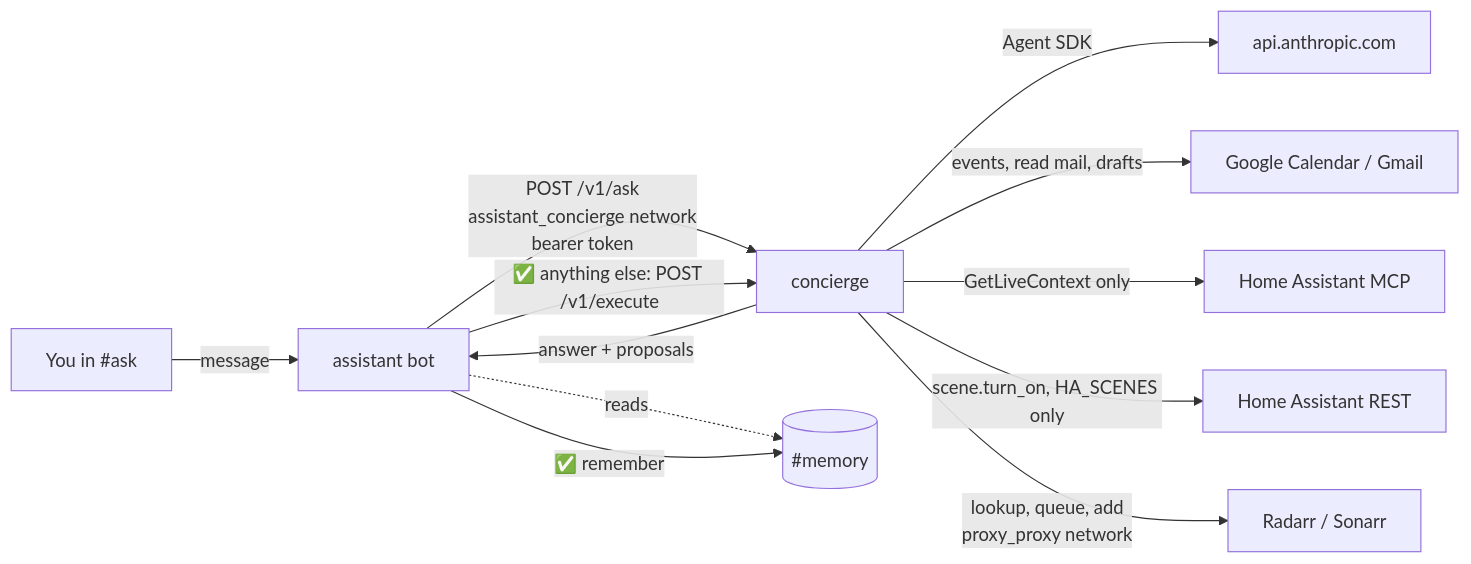
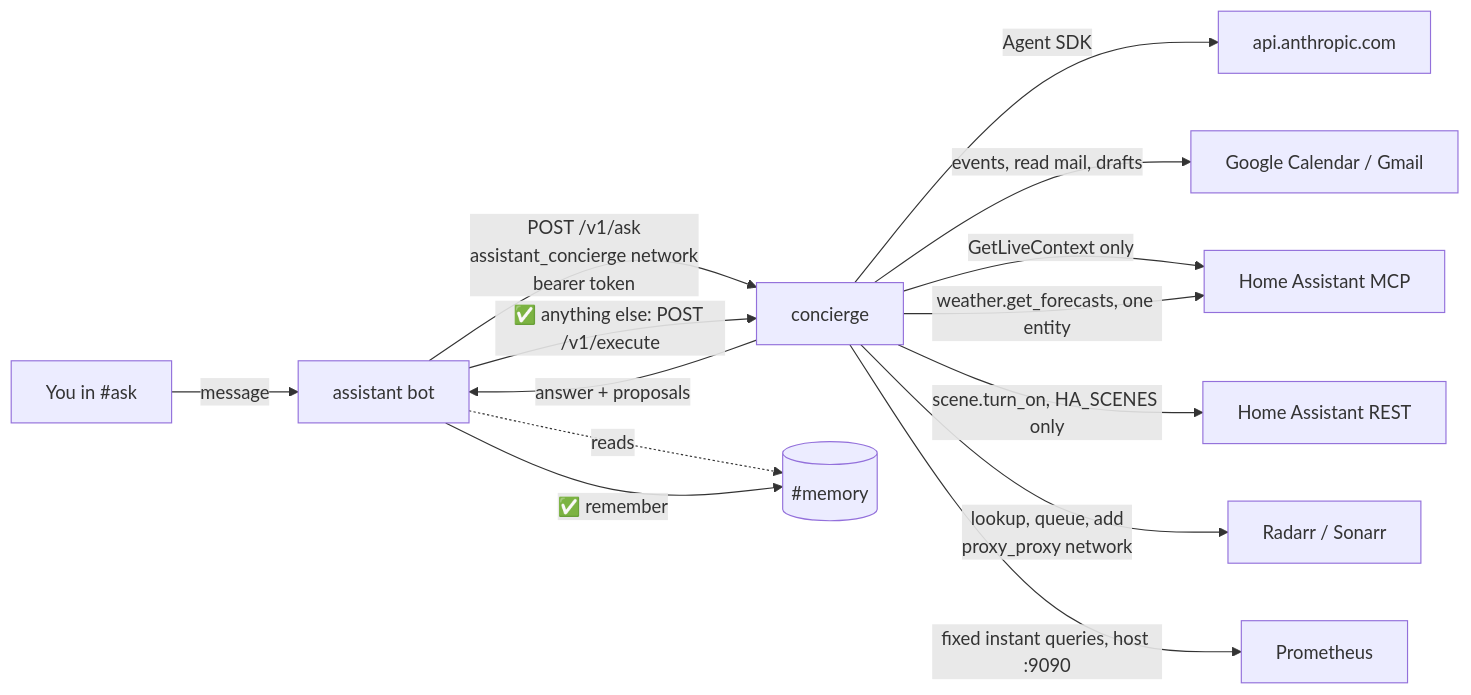
Before and after one commit to brignano/homelab: the diagram in docker/concierge/README.md, drawn with Mermaid. The commit also changed other lines of this file and 14 other files, not shown here.

````diff
--- a/docker/concierge/README.md
+++ b/docker/concierge/README.md
@@ -9,14 +9,16 @@
 ```mermaid
 flowchart LR
   you[You in #ask] -->|message| bot[assistant bot]
   bot -->|"POST /v1/ask<br/>assistant_concierge network<br/>bearer token"| c[concierge]
   bot -. reads .-> mem[(#memory)]
   c -->|Agent SDK| api[api.anthropic.com]
   c -->|"events, read mail, drafts"| g[Google Calendar / Gmail]
   c -->|"GetLiveContext only"| ha[Home Assistant MCP]
   c -->|"scene.turn_on, HA_SCENES only"| har[Home Assistant REST]
   c -->|"lookup, queue, add<br/>proxy_proxy network"| arr[Radarr / Sonarr]
+  c -->|"weather.get_forecasts, one entity"| ha
+  c -->|"fixed instant queries, host :9090"| prom[Prometheus]
   c -->|answer + proposals| bot
   bot -->|"✅ remember"| mem
   bot -->|"✅ anything else: POST /v1/execute"| c
 ```
````
